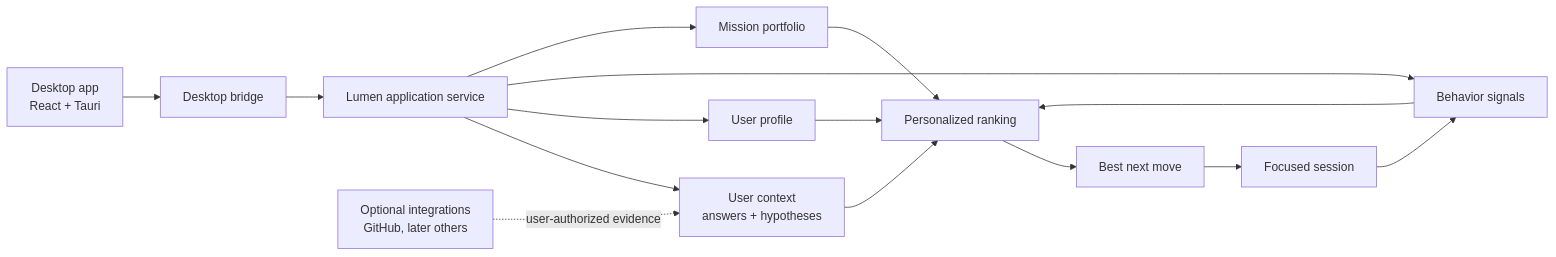
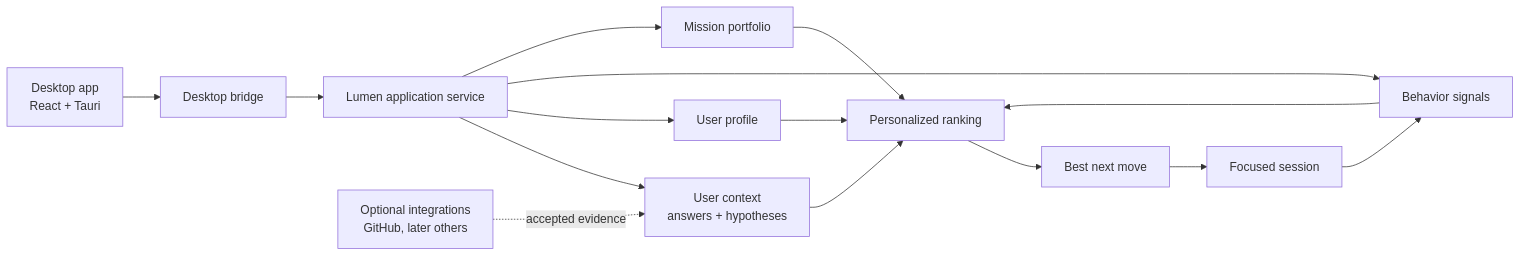
The diagram in README.md (Evolut10n11/lumen-lab), drawn with Mermaid before and after one commit. The commit also changed other lines of this file, not shown here.

Commit message:
docs: describe implemented GitHub context

````diff
--- a/README.md
+++ b/README.md
@@ -165,21 +174,21 @@
 ```mermaid
 flowchart LR
     UI[Desktop app\nReact + Tauri] --> BRIDGE[Desktop bridge]
     BRIDGE --> APP[Lumen application service]
 
     APP --> CONTEXT[User context\nanswers + hypotheses]
     APP --> PROFILE[User profile]
     APP --> FEEDBACK[Behavior signals]
     APP --> MISSIONS[Mission portfolio]
 
     CONTEXT --> RANK[Personalized ranking]
     PROFILE --> RANK
     FEEDBACK --> RANK
     MISSIONS --> RANK
 
     RANK --> TODAY[Best next move]
     TODAY --> WORK[Focused session]
     WORK --> FEEDBACK
 
-    EXT[Optional integrations\nGitHub, later others] -. user-authorized evidence .-> CONTEXT
+    EXT[Optional integrations\nGitHub, later others] -. accepted evidence .-> CONTEXT
 ```
````
